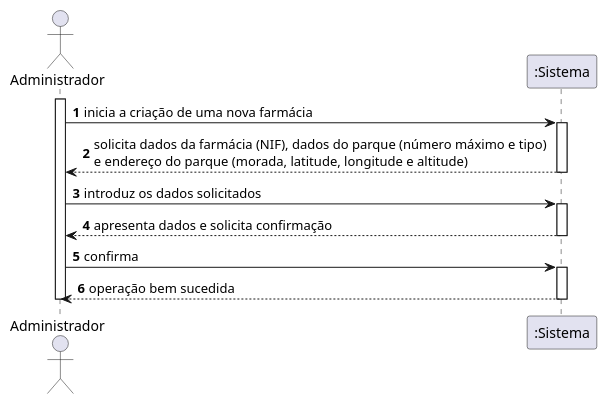
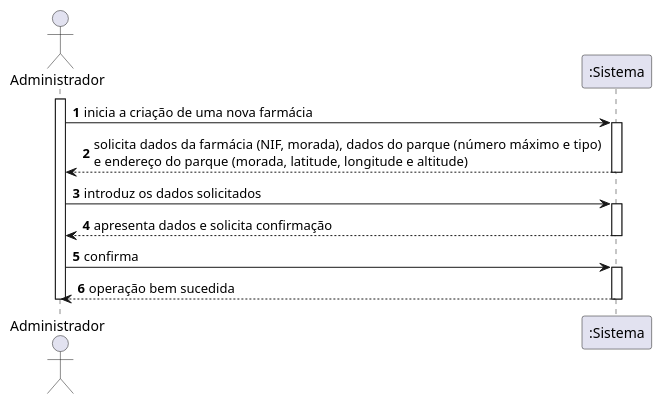
Before and after one commit to pedrolemos4/LAPR3: the diagram in docs/UC128/SSD-REGISTAR FARMACIA.puml, drawn with PlantUML. The commit also changed 3 other files, not shown here.

```diff
--- a/docs/UC128/SSD-REGISTAR FARMACIA.puml
+++ b/docs/UC128/SSD-REGISTAR FARMACIA.puml
@@ -1,22 +1,22 @@
 @startuml
 autonumber
 actor "Administrador" as ADM
 
 activate ADM
 ADM -> ":Sistema" : inicia a criação de uma nova farmácia
 activate ":Sistema"
-":Sistema" --> ADM : solicita dados da farmácia (NIF), dados do parque (número máximo e tipo) \ne endereço do parque (morada, latitude, longitude e altitude)
+":Sistema" --> ADM : solicita dados da farmácia (NIF, morada), dados do parque (número máximo e tipo) \ne endereço do parque (morada, latitude, longitude e altitude)
 deactivate ":Sistema"
 
 ADM -> ":Sistema" : introduz os dados solicitados
 activate ":Sistema"
 ":Sistema" --> ADM : apresenta dados e solicita confirmação
 deactivate ":Sistema"
 
 ADM -> ":Sistema" : confirma
 activate ":Sistema"
 ":Sistema" --> ADM : operação bem sucedida
 deactivate ":Sistema"
 
 deactivate ADM
 @enduml
```
